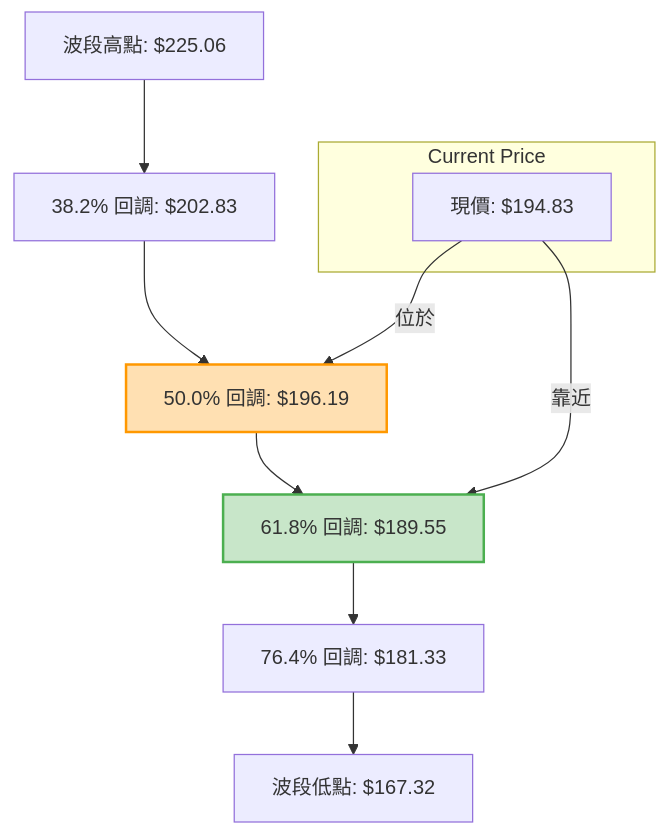
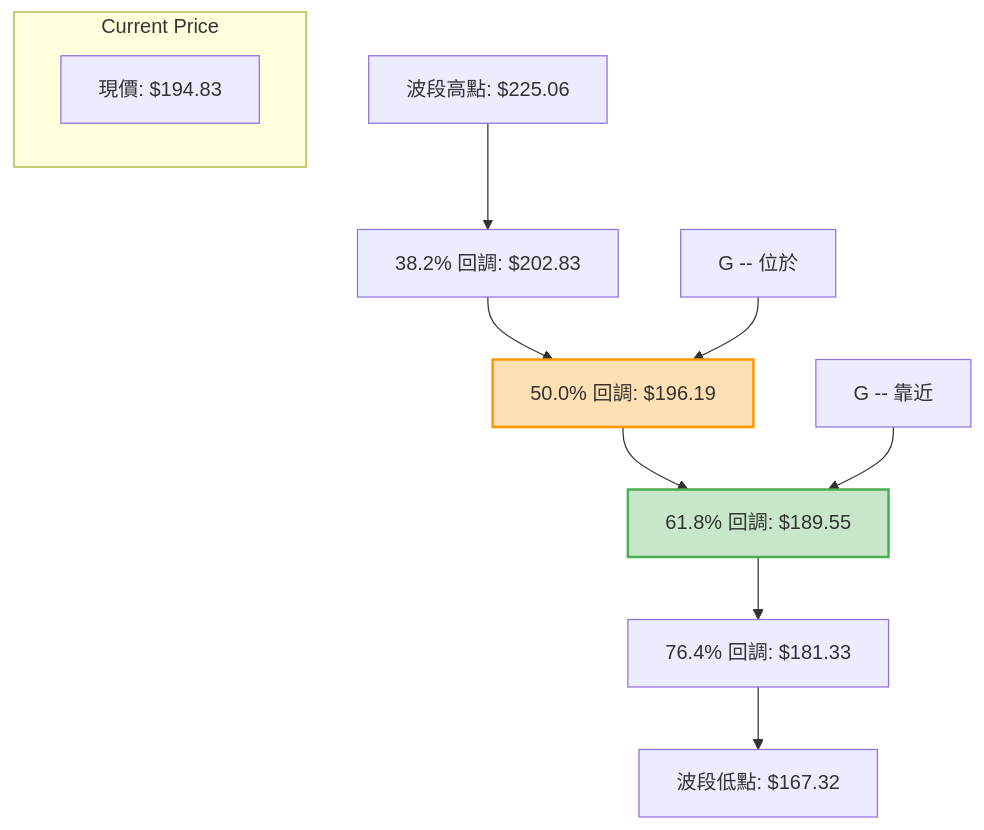
The fifth of 13 diagrams in ai_gen_report/stock/nvda/technical_analysis_2026-07-05_gemini.md (yennanliu/finance_data), drawn with Mermaid before and after one commit. The commit also changed other lines of this file and 2258 other files, not shown here.

First line of the commit message:
chore: backfill Mermaid syntax repair across existing reports

````diff
--- a/ai_gen_report/stock/nvda/technical_analysis_2026-07-05_gemini.md
+++ b/ai_gen_report/stock/nvda/technical_analysis_2026-07-05_gemini.md
@@ -370,16 +370,16 @@
 ```mermaid
 graph TD
-    A[波段高點: $225.06] --> B[38.2% 回調: $202.83]
-    B --> C[50.0% 回調: $196.19]
-    C --> D[61.8% 回調: $189.55]
-    D --> E[76.4% 回調: $181.33]
-    E --> F[波段低點: $167.32]
+    A["波段高點: $225.06"] --> B["38.2% 回調: $202.83"]
+    B --> C["50.0% 回調: $196.19"]
+    C --> D["61.8% 回調: $189.55"]
+    D --> E["76.4% 回調: $181.33"]
+    E --> F["波段低點: $167.32"]
 
     style C fill:#FFE0B2,stroke:#FF9800,stroke-width:2px
     style D fill:#C8E6C9,stroke:#4CAF50,stroke-width:2px
     subgraph Current Price
-        G[現價: $194.83]
+        G["現價: $194.83"]
     end
-    G -- 位於 --> C
-    G -- 靠近 --> D
+    nb1["G -- 位於"] --> C
+    nb2["G -- 靠近"] --> D
 ```
````
